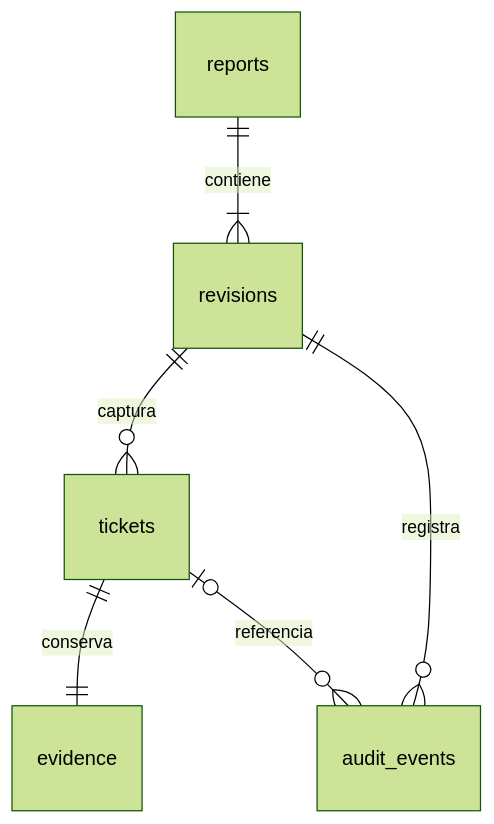
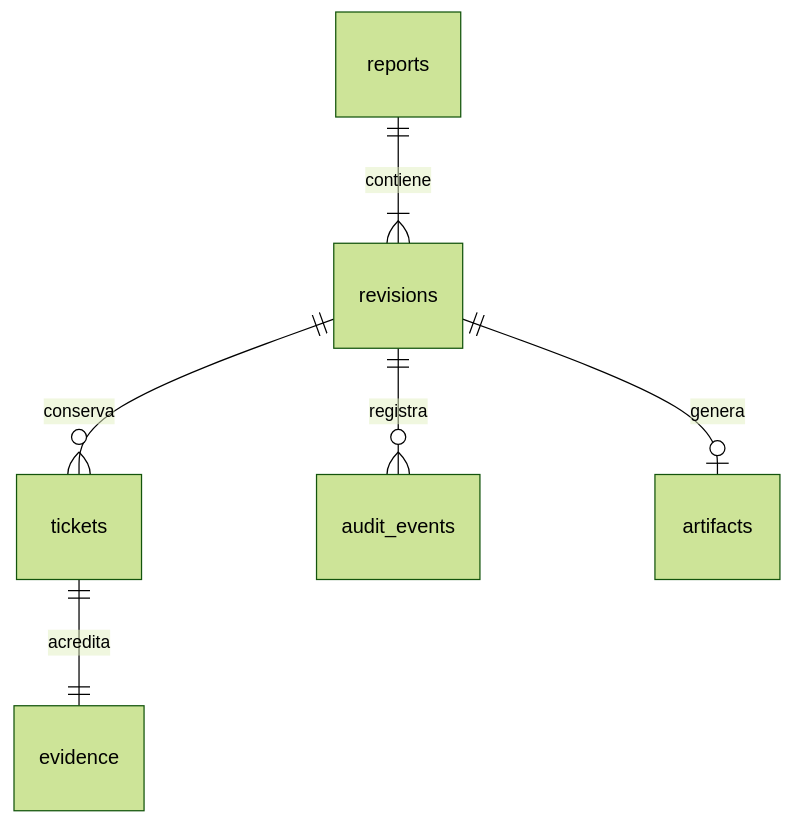
One commit to jcarlospm05/MuleAgent changed the diagram in docs/arquitectura-datos-v1.md. Above: the diagram before and after it, drawn with Mermaid (forest theme). The commit also changed other lines of this file, not shown here.

````diff
--- a/docs/arquitectura-datos-v1.md
+++ b/docs/arquitectura-datos-v1.md
@@ -7,8 +5,8 @@
 ```mermaid
 erDiagram
   reports ||--|{ revisions : contiene
-  revisions ||--o{ tickets : captura
-  tickets ||--|| evidence : conserva
+  revisions ||--o{ tickets : conserva
+  tickets ||--|| evidence : acredita
   revisions ||--o{ audit_events : registra
-  tickets o|--o{ audit_events : referencia
+  revisions ||--o| artifacts : genera
 ```
````
